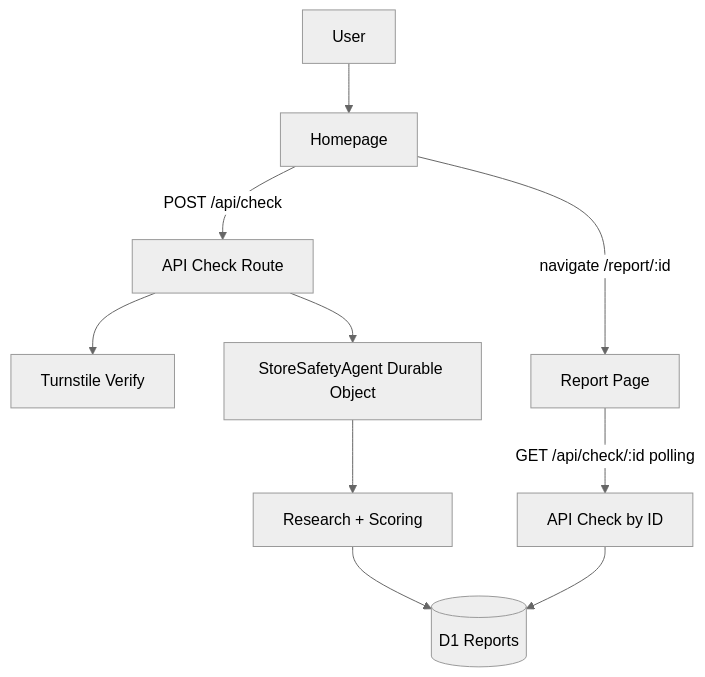
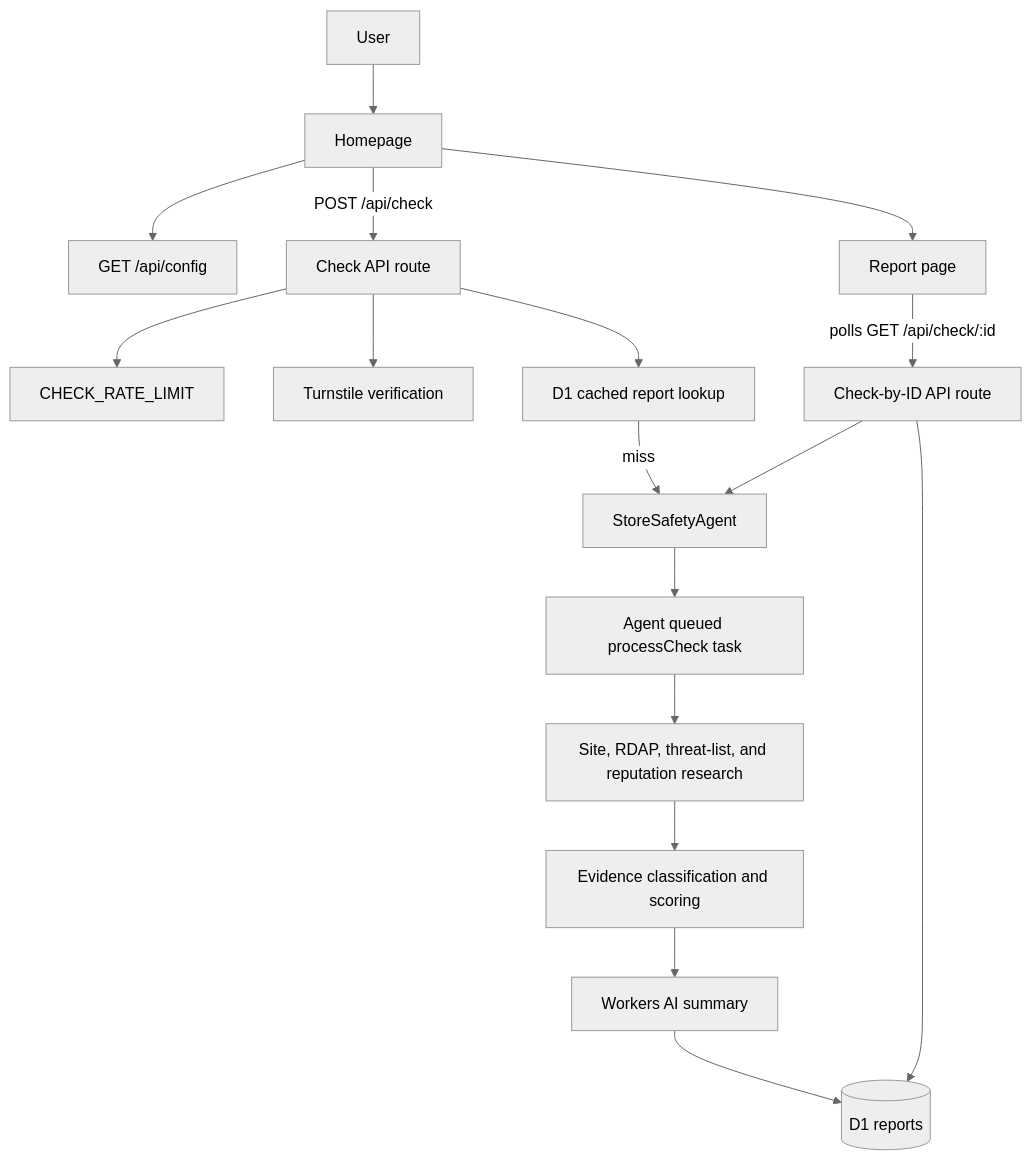
Before and after one commit to rgllm/issafe.store: the diagram in README.md, drawn with Mermaid (neutral theme). The commit also changed other lines of this file, not shown here.

````diff
--- a/README.md
+++ b/README.md
@@ -120,12 +145,19 @@
 ```mermaid
 flowchart TD
   user[User] --> home[Homepage]
-  home -->|POST /api/check| apiCheck[API Check Route]
-  apiCheck --> turnstile[Turnstile Verify]
-  apiCheck --> agent[StoreSafetyAgent Durable Object]
-  agent --> research[Research + Scoring]
-  research --> d1[(D1 Reports)]
-  home -->|navigate /report/:id| reportPage[Report Page]
-  reportPage -->|GET /api/check/:id polling| apiCheckId[API Check by ID]
+  home --> config[GET /api/config]
+  home -->|POST /api/check| apiCheck[Check API route]
+  apiCheck --> rateLimit[CHECK_RATE_LIMIT]
+  apiCheck --> turnstile[Turnstile verification]
+  apiCheck --> cache[D1 cached report lookup]
+  cache -->|miss| agent[StoreSafetyAgent]
+  agent --> queue[Agent queued processCheck task]
+  queue --> research[Site, RDAP, threat-list, and reputation research]
+  research --> scoring[Evidence classification and scoring]
+  scoring --> ai[Workers AI summary]
+  ai --> d1[(D1 reports)]
+  home --> report[Report page]
+  report -->|polls GET /api/check/:id| apiCheckId[Check-by-ID API route]
   apiCheckId --> d1
+  apiCheckId --> agent
 ```
````
